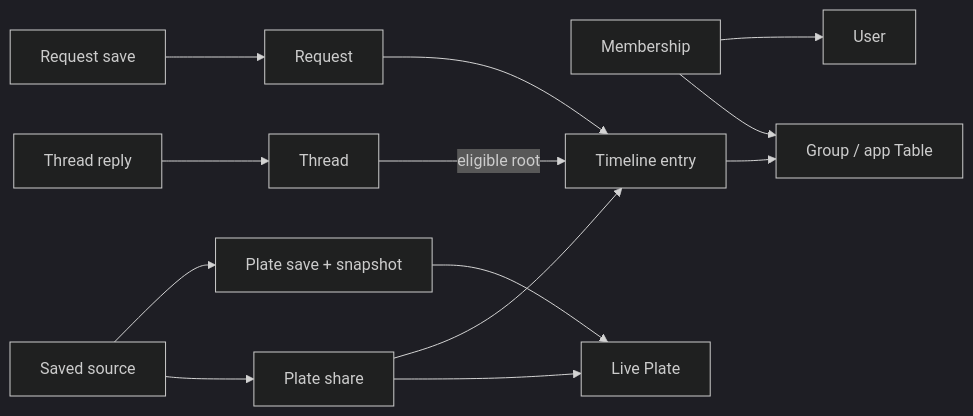
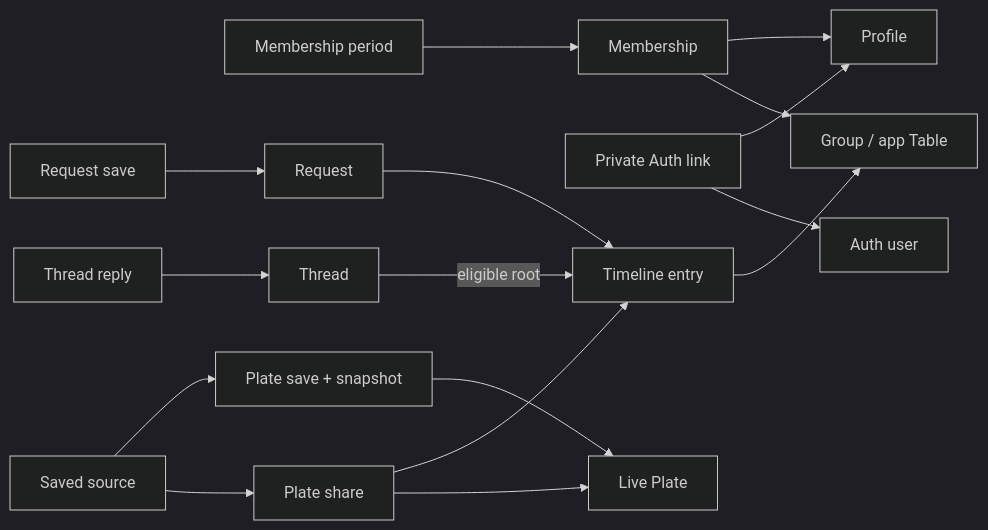
One commit to Roj-joj-jojo/plates changed the diagram in DATA_MODEL.md. Above: the diagram before and after it, drawn with Mermaid (dark theme). The commit also changed other lines of this file and 355 other files, not shown here.

````diff
--- a/DATA_MODEL.md
+++ b/DATA_MODEL.md
@@ -46,15 +35,18 @@
 ```mermaid
 flowchart LR
-  GM[Membership] --> U[User]
+  GM[Membership] --> U[Profile]
+  MP[Membership period] --> GM
+  AL[Private Auth link] --> U
+  AL --> AU[Auth user]
   GM --> G[Group / app Table]
   E[Timeline entry] --> G
   S[Plate share] --> E
   S --> P[Live Plate]
   Q[Request] --> E
   T[Thread] -->|eligible root| E
   R[Thread reply] --> T
   V[Plate save + snapshot] --> P
   C[Saved source] --> V
   C --> S
   W[Request save] --> Q
 ```
````
